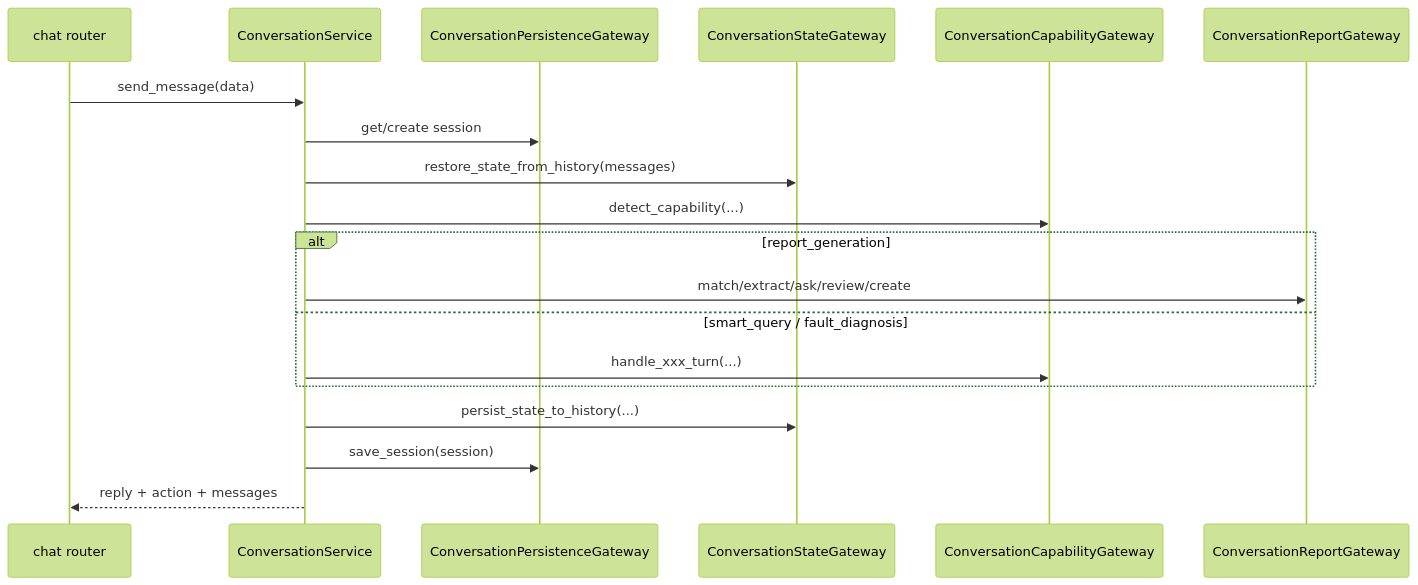
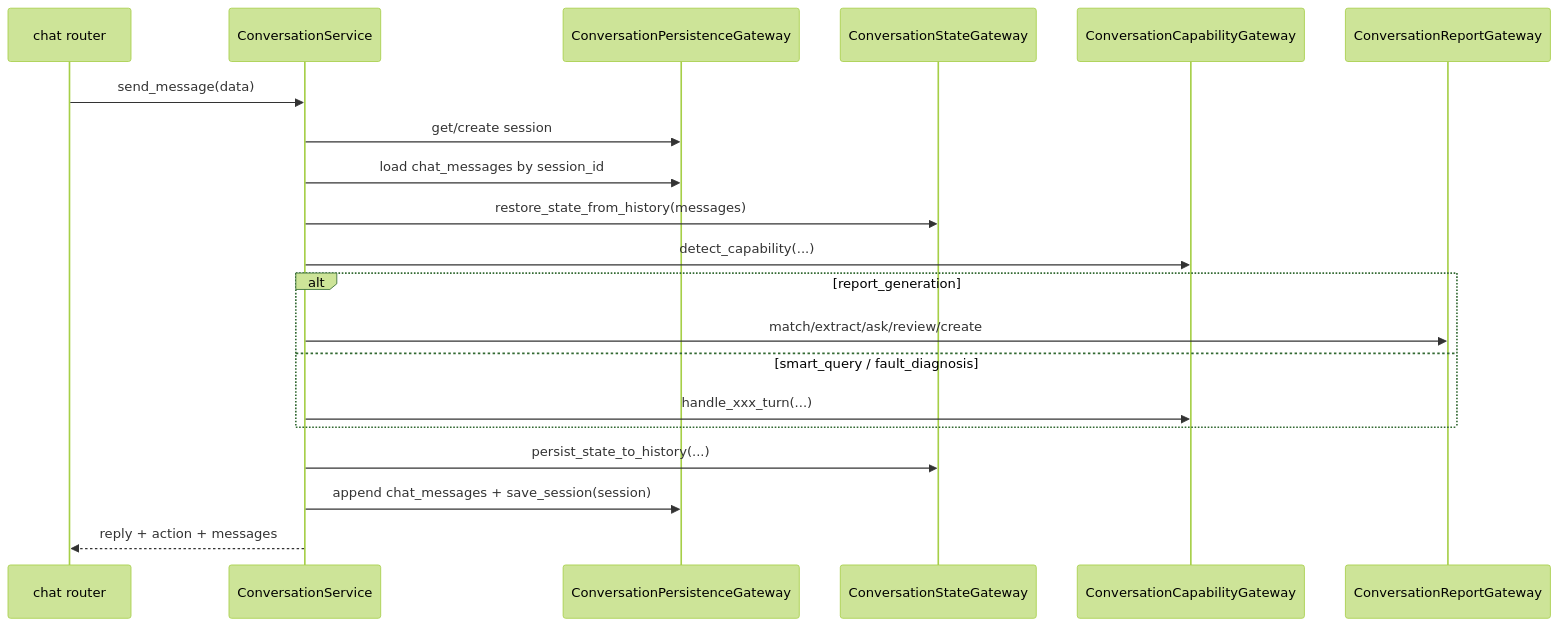
The diagram in design/implementation/conversation.md (shel447/ReportSystem), drawn with Mermaid (forest theme) before and after one commit. The commit also changed other lines of this file and 10 other files, not shown here.

````diff
--- a/design/implementation/conversation.md
+++ b/design/implementation/conversation.md
@@ -80,22 +82,23 @@
 ```mermaid
 sequenceDiagram
     participant API as chat router
     participant App as ConversationService
     participant Persist as ConversationPersistenceGateway
     participant State as ConversationStateGateway
     participant Cap as ConversationCapabilityGateway
     participant Report as ConversationReportGateway
 
     API->>App: send_message(data)
     App->>Persist: get/create session
+    App->>Persist: load chat_messages by session_id
     App->>State: restore_state_from_history(messages)
     App->>Cap: detect_capability(...)
     alt report_generation
         App->>Report: match/extract/ask/review/create
     else smart_query / fault_diagnosis
         App->>Cap: handle_xxx_turn(...)
     end
     App->>State: persist_state_to_history(...)
-    App->>Persist: save_session(session)
+    App->>Persist: append chat_messages + save_session(session)
     App-->>API: reply + action + messages
 ```
````
